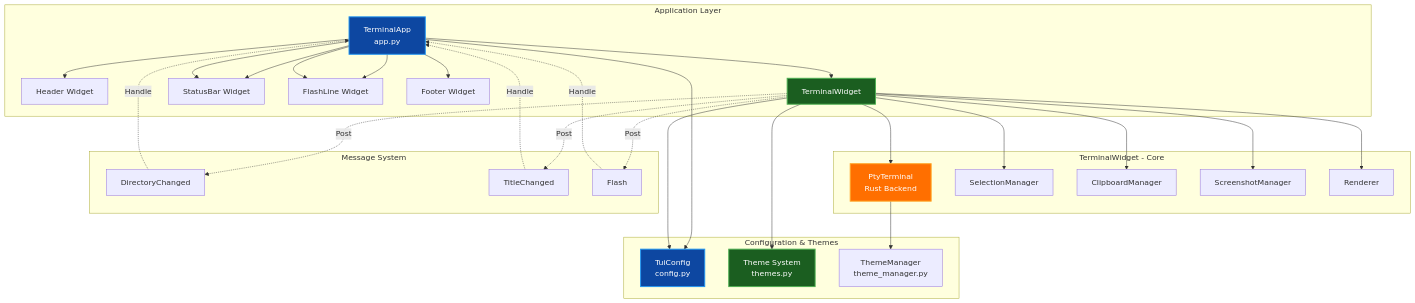
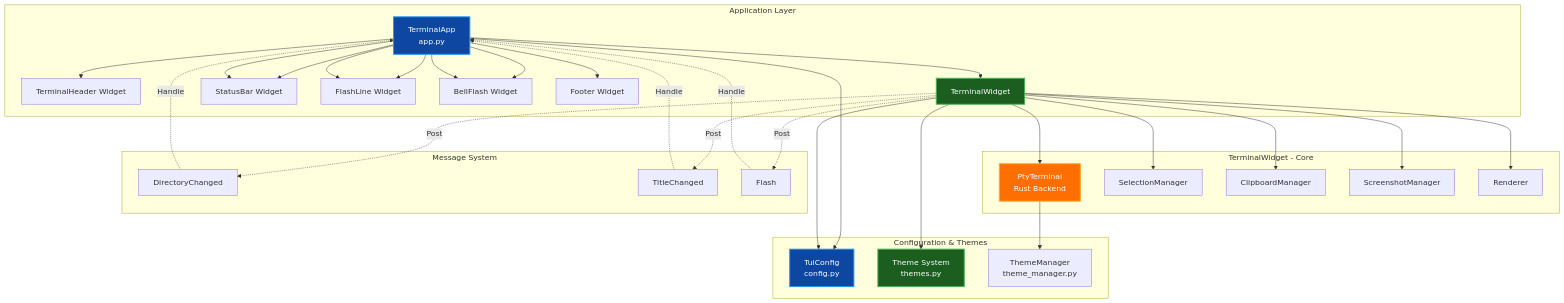
Before and after one commit to paulrobello/par-term-emu-tui-rust: the seventh of 7 diagrams in docs/ARCHITECTURE.md, drawn with Mermaid. The commit also changed other lines of this file and 23 other files, not shown here.

````diff
--- a/docs/ARCHITECTURE.md
+++ b/docs/ARCHITECTURE.md
@@ -1226,53 +1279,55 @@
 ```mermaid
 graph TB
     subgraph "Application Layer"
         App[TerminalApp<br/>app.py]
-        App --> Header[Header Widget]
+        App --> Header[TerminalHeader Widget]
         App --> Term[TerminalWidget]
         App --> Status[StatusBar Widget]
         App --> Flash[FlashLine Widget]
+        App --> Bell[BellFlash Widget]
         App --> Footer[Footer Widget]
     end
 
     subgraph "TerminalWidget - Core"
         Term --> PTY[PtyTerminal<br/>Rust Backend]
         Term --> Sel[SelectionManager]
         Term --> Clip[ClipboardManager]
         Term --> Shot[ScreenshotManager]
         Term --> Rend[Renderer]
     end
 
     subgraph "Configuration & Themes"
         Config[TuiConfig<br/>config.py]
         Themes[Theme System<br/>themes.py]
         ThemeMan[ThemeManager<br/>theme_manager.py]
     end
 
     subgraph "Message System"
         Msg1[DirectoryChanged]
         Msg2[TitleChanged]
         Msg3[Flash]
     end
 
     App --> Config
     Term --> Config
     Term --> Themes
     PTY --> ThemeMan
 
     Term -.Post.-> Msg1
     Term -.Post.-> Msg2
     Term -.Post.-> Msg3
 
     Msg1 -.Handle.-> App
     Msg2 -.Handle.-> App
     Msg3 -.Handle.-> App
 
     App --> Status
     App --> Flash
+    App --> Bell
 
     style App fill:#0d47a1,stroke:#2196f3,stroke-width:2px,color:#ffffff
     style Term fill:#1b5e20,stroke:#4caf50,stroke-width:2px,color:#ffffff
     style PTY fill:#ff6f00,stroke:#ffa726,stroke-width:2px,color:#ffffff
     style Config fill:#0d47a1,stroke:#2196f3,stroke-width:2px,color:#ffffff
     style Themes fill:#1b5e20,stroke:#4caf50,stroke-width:2px,color:#ffffff
 ```
````
